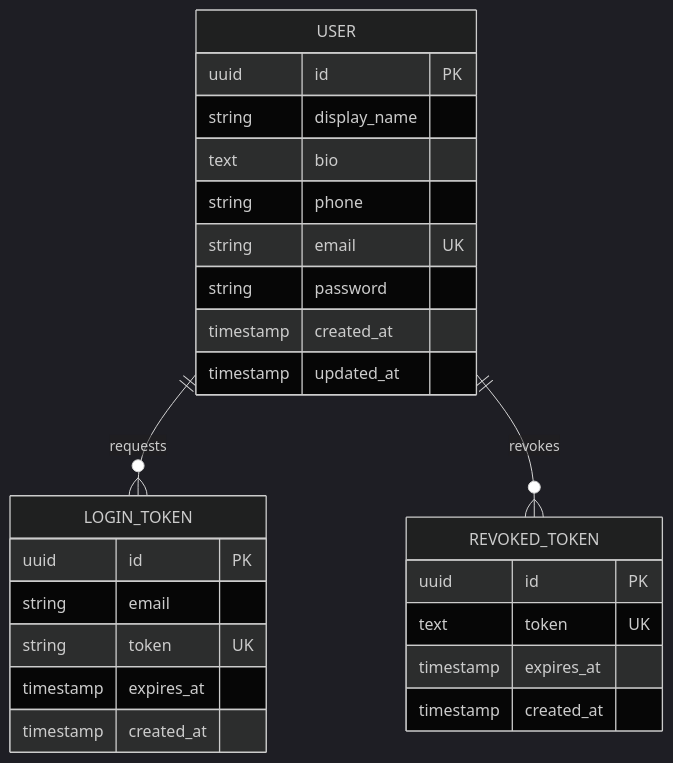
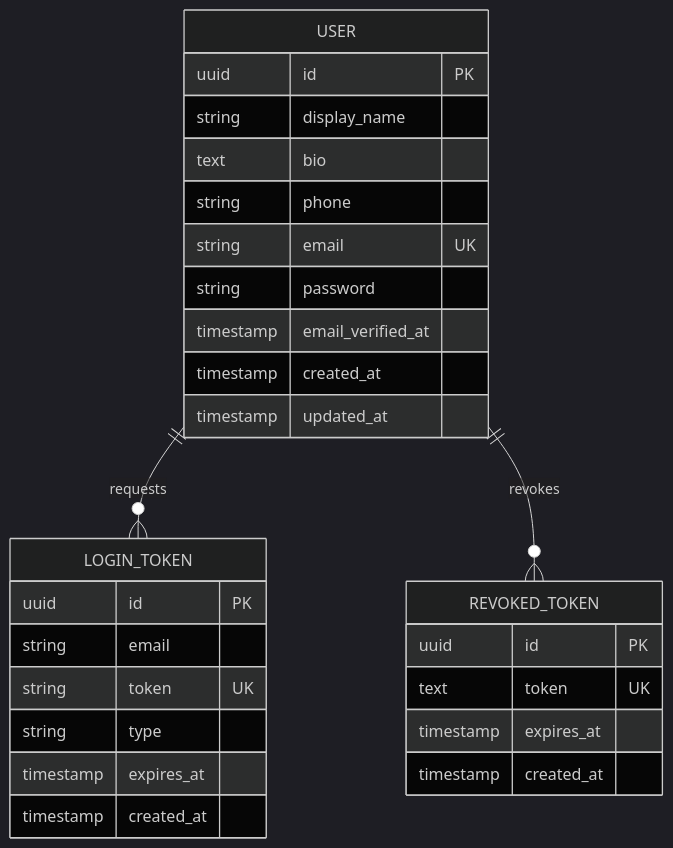
The diagram in database-diagram.mermaid (antoinefricker/u-club), drawn with Mermaid (dark theme) before and after one commit.

Commit message:
docs: update database diagram with email verification fields

```diff
--- a/database-diagram.mermaid
+++ b/database-diagram.mermaid
@@ -1,31 +1,33 @@
 erDiagram
     USER {
         uuid id PK
         string display_name
         text bio
         string phone
         string email UK
         string password
+        timestamp email_verified_at
         timestamp created_at
         timestamp updated_at
     }
 
     LOGIN_TOKEN {
         uuid id PK
         string email
         string token UK
+        string type
         timestamp expires_at
         timestamp created_at
     }
 
     REVOKED_TOKEN {
         uuid id PK
         text token UK
         timestamp expires_at
         timestamp created_at
     }
 
     %% ── Relationships ────────────────────────────────────
 
     USER          ||--o{ LOGIN_TOKEN        : "requests"
     USER          ||--o{ REVOKED_TOKEN      : "revokes"
```
